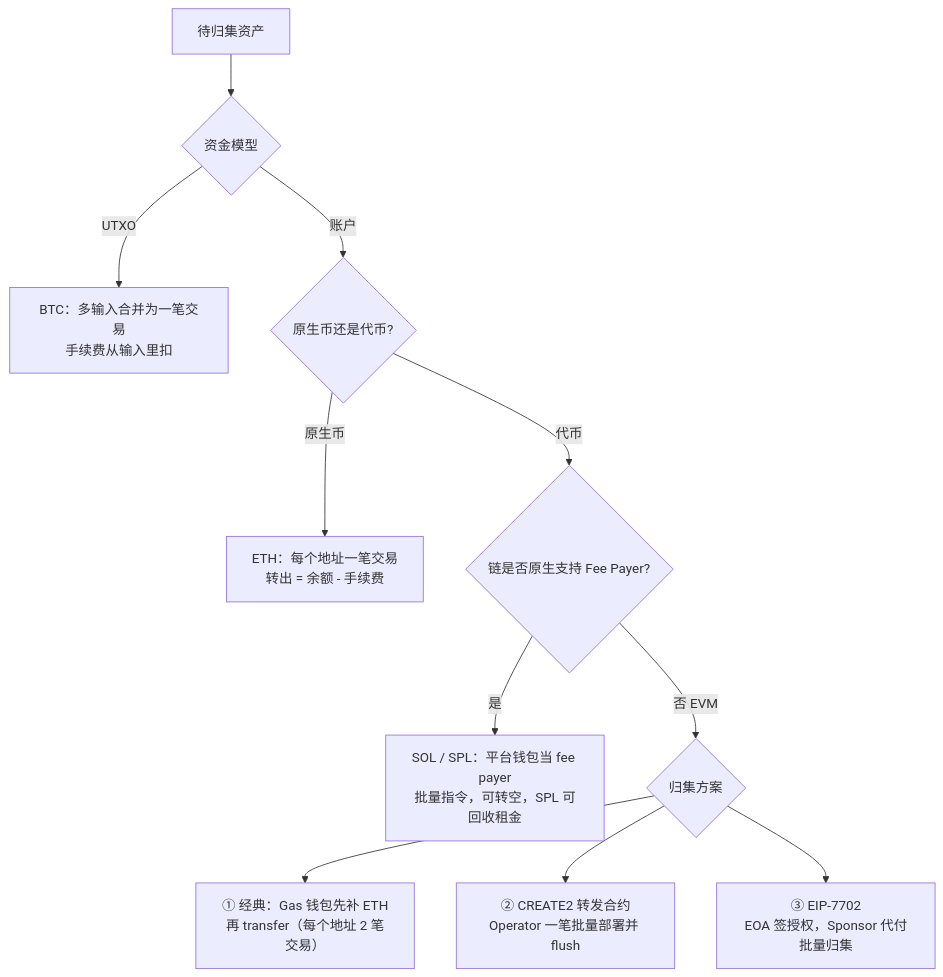
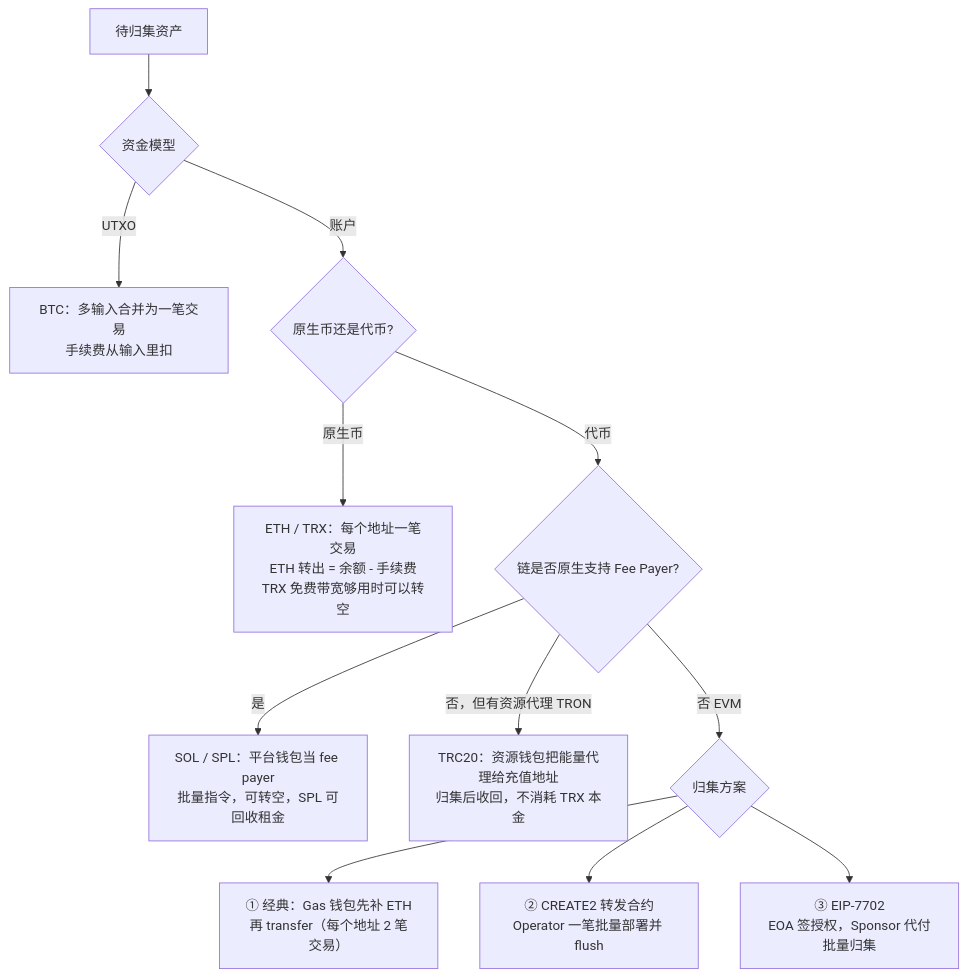
Before and after one commit to zhangjw1/mini_custody: the first of 11 diagrams in docs/sweep-flows/主流资产归集流程.md, drawn with Mermaid. The commit also changed other lines of this file and 5 other files, not shown here.

First line of the commit message:
docs: 补充 MPC 原理、TRX/TRC20 归集及第三轮修复计划文档

````diff
--- a/docs/sweep-flows/主流资产归集流程.md
+++ b/docs/sweep-flows/主流资产归集流程.md
@@ -51,13 +52,14 @@
 ```mermaid
 flowchart TD
     A["待归集资产"] --> B{"资金模型"}
     B -->|UTXO| C["BTC：多输入合并为一笔交易<br>手续费从输入里扣"]
     B -->|账户| D{"原生币还是代币?"}
-    D -->|原生币| E["ETH：每个地址一笔交易<br>转出 = 余额 - 手续费"]
+    D -->|原生币| E["ETH / TRX：每个地址一笔交易<br>ETH 转出 = 余额 - 手续费<br>TRX 免费带宽够用时可以转空"]
     D -->|代币| F{"链是否原生支持 Fee Payer?"}
     F -->|是| G["SOL / SPL：平台钱包当 fee payer<br>批量指令，可转空，SPL 可回收租金"]
+    F -->|"否，但有资源代理 TRON"| T["TRC20：资源钱包把能量代理给充值地址<br>归集后收回，不消耗 TRX 本金"]
     F -->|否 EVM| H{"归集方案"}
     H --> H1["① 经典：Gas 钱包先补 ETH<br>再 transfer（每个地址 2 笔交易）"]
     H --> H2["② CREATE2 转发合约<br>Operator 一笔批量部署并 flush"]
     H --> H3["③ EIP-7702<br>EOA 签授权，Sponsor 代付批量归集"]
 ```
````
